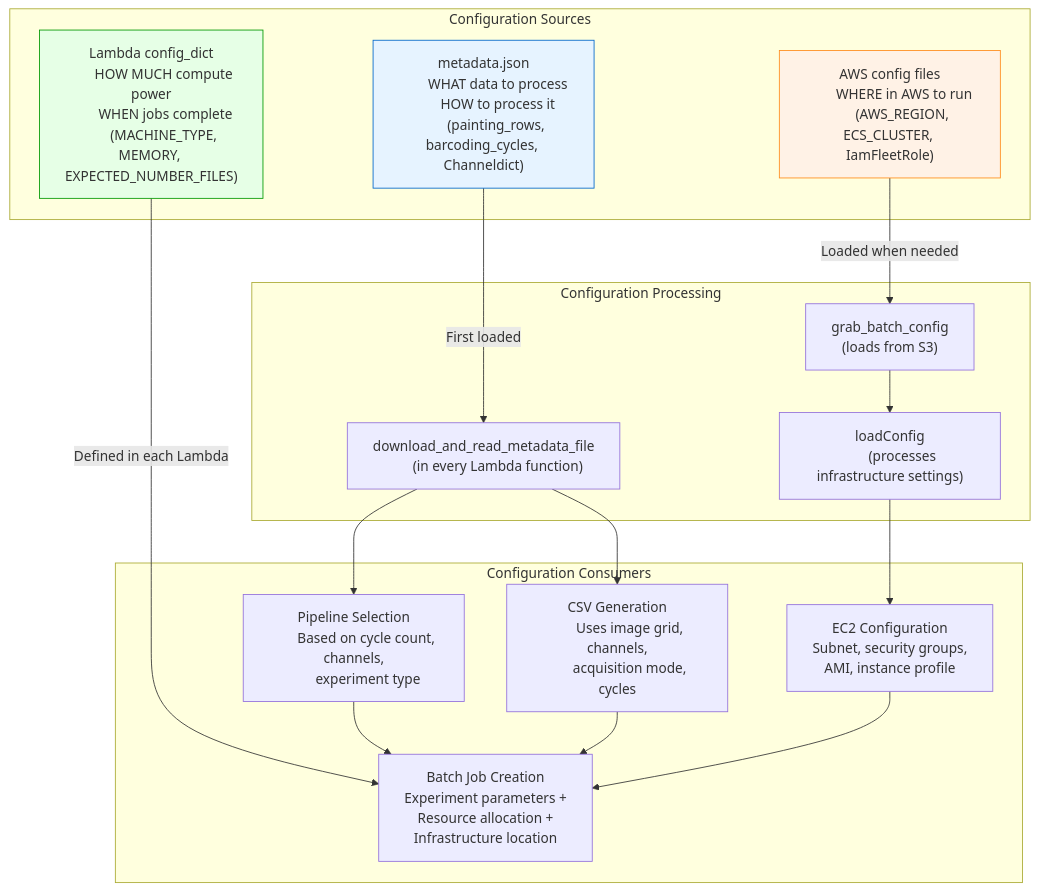
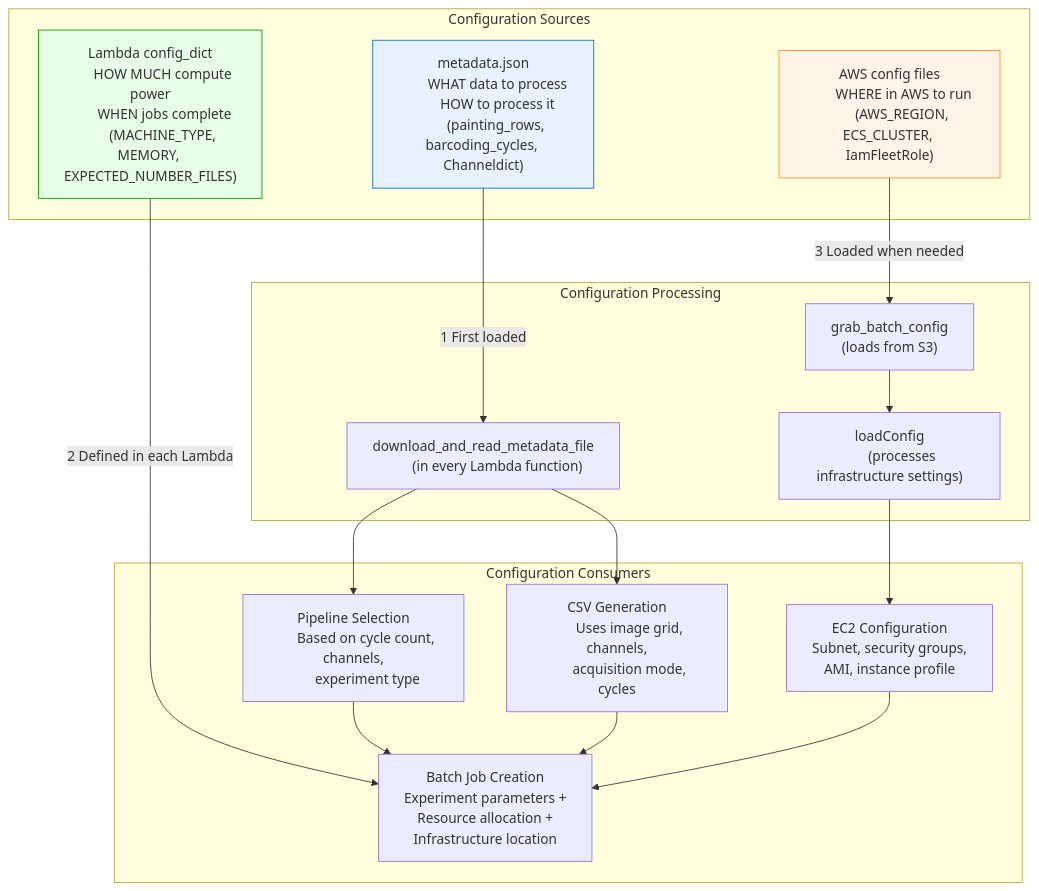
Before and after one commit to shntnu/pooled-cell-painting-image-processing: the second of 2 diagrams in docs/CellProfiler_Pipeline_Details.md, drawn with Mermaid.

````diff
--- a/docs/CellProfiler_Pipeline_Details.md
+++ b/docs/CellProfiler_Pipeline_Details.md
@@ -123,61 +123,61 @@
 ```mermaid
 flowchart TD
     %% Color-coded configuration sources by layer
     subgraph "Configuration Sources" 
         metadata["metadata.json
         WHAT data to process
         HOW to process it
         (painting_rows, barcoding_cycles, Channeldict)"]:::experimentConfig
         config_dict["Lambda config_dict
         HOW MUCH compute power
         WHEN jobs complete
         (MACHINE_TYPE, MEMORY, EXPECTED_NUMBER_FILES)"]:::computeConfig
         aws_config["AWS config files
         WHERE in AWS to run
         (AWS_REGION, ECS_CLUSTER, IamFleetRole)"]:::infraConfig
     end
     
     subgraph "Configuration Processing" 
         download_metadata["download_and_read_metadata_file
         (in every Lambda function)"]
         grab_config["grab_batch_config
         (loads from S3)"]
         loadConfig["loadConfig
         (processes infrastructure settings)"]
     end
     
     subgraph "Configuration Consumers"
         csv_gen["CSV Generation
         Uses image grid, channels,
         acquisition mode, cycles"]
         batch_creation["Batch Job Creation
         Experiment parameters +
         Resource allocation +
         Infrastructure location"]
         pipeline_selection["Pipeline Selection
         Based on cycle count, channels,
         experiment type"]
         ec2_config["EC2 Configuration
         Subnet, security groups,
         AMI, instance profile"]
     end
     
     %% Configuration flow with numbered sequence
-    metadata -->|First loaded| download_metadata
-    config_dict -->|Defined in each Lambda| batch_creation
-    aws_config -->|Loaded when needed| grab_config
+    metadata -->|1 First loaded| download_metadata
+    config_dict -->|2 Defined in each Lambda| batch_creation
+    aws_config -->|3 Loaded when needed| grab_config
     
     download_metadata --> pipeline_selection
     download_metadata --> csv_gen
     grab_config --> loadConfig
     loadConfig --> ec2_config
     
     pipeline_selection --> batch_creation
     csv_gen --> batch_creation
     ec2_config --> batch_creation
     
     %% Style definitions
     classDef experimentConfig fill:#e6f3ff,stroke:#0066cc
     classDef computeConfig fill:#e6ffe6,stroke:#009900  
     classDef infraConfig fill:#fff2e6,stroke:#ff8c1a
 ```
````
